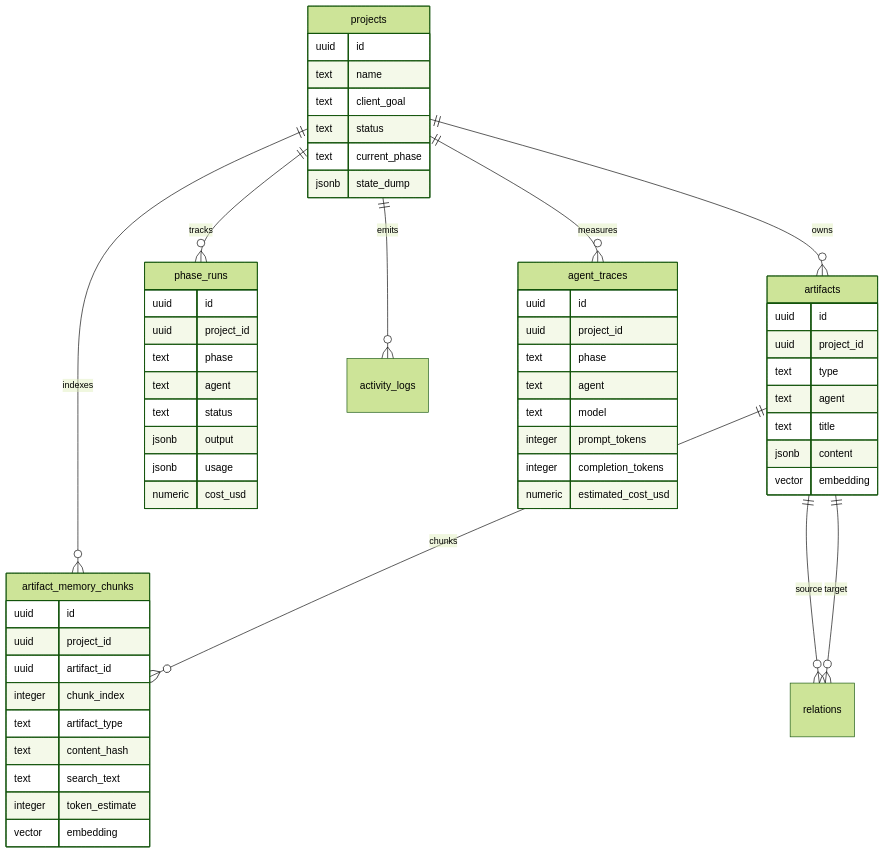
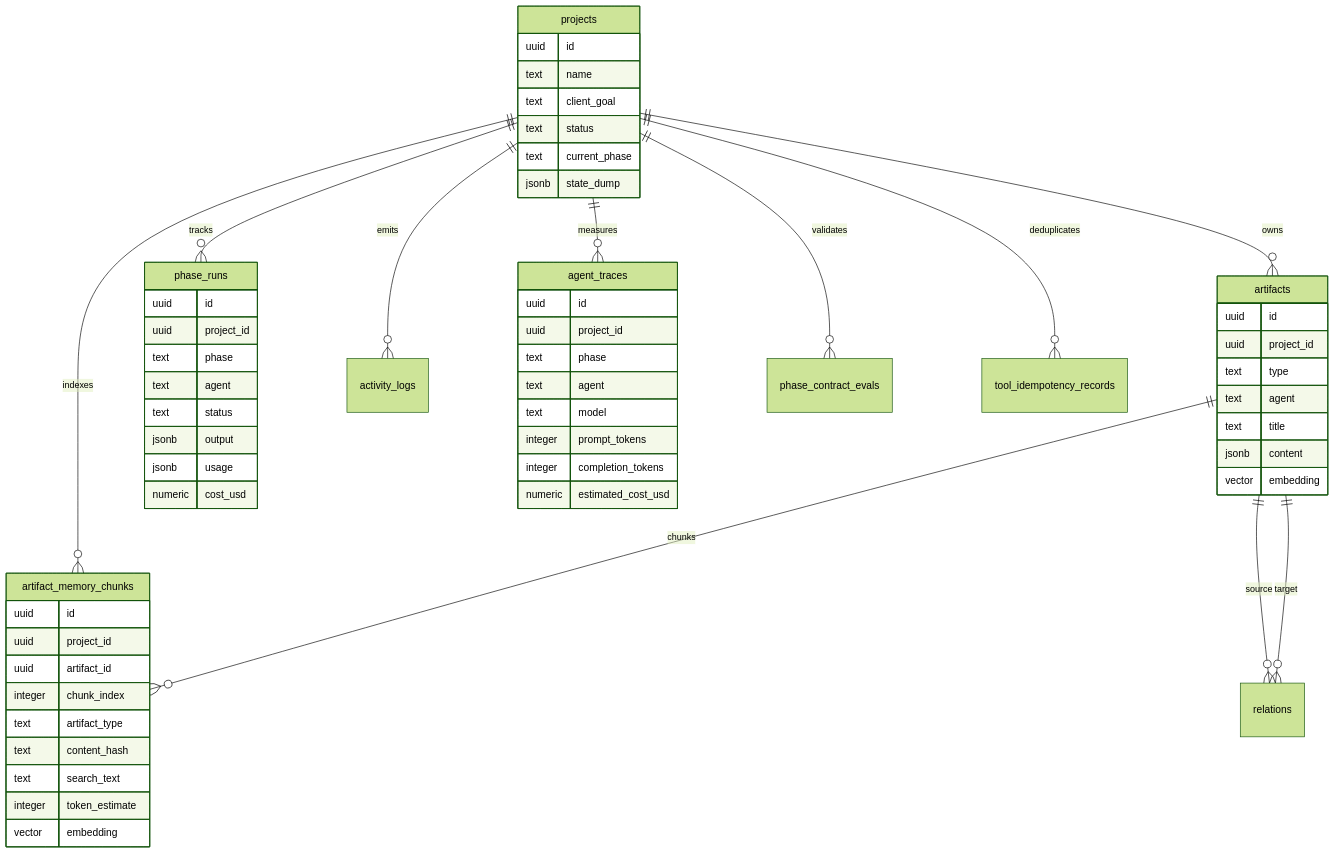
Before and after one commit to Solvealgoritms22/Software-Company: the sixth of 6 diagrams in README.md, drawn with Mermaid (forest theme). The commit also changed other lines of this file and 21 other files, not shown here.

````diff
--- a/README.md
+++ b/README.md
@@ -399,64 +445,66 @@
 ```mermaid
 erDiagram
     projects ||--o{ artifacts : owns
     projects ||--o{ phase_runs : tracks
     projects ||--o{ activity_logs : emits
     projects ||--o{ agent_traces : measures
     projects ||--o{ artifact_memory_chunks : indexes
+    projects ||--o{ phase_contract_evals : validates
+    projects ||--o{ tool_idempotency_records : deduplicates
     artifacts ||--o{ artifact_memory_chunks : chunks
     artifacts ||--o{ relations : source
     artifacts ||--o{ relations : target
 
     projects {
         uuid id
         text name
         text client_goal
         text status
         text current_phase
         jsonb state_dump
     }
 
     artifacts {
         uuid id
         uuid project_id
         text type
         text agent
         text title
         jsonb content
         vector embedding
     }
 
     artifact_memory_chunks {
         uuid id
         uuid project_id
         uuid artifact_id
         integer chunk_index
         text artifact_type
         text content_hash
         text search_text
         integer token_estimate
         vector embedding
     }
 
     phase_runs {
         uuid id
         uuid project_id
         text phase
         text agent
         text status
         jsonb output
         jsonb usage
         numeric cost_usd
     }
 
     agent_traces {
         uuid id
         uuid project_id
         text phase
         text agent
         text model
         integer prompt_tokens
         integer completion_tokens
         numeric estimated_cost_usd
     }
 ```
````
